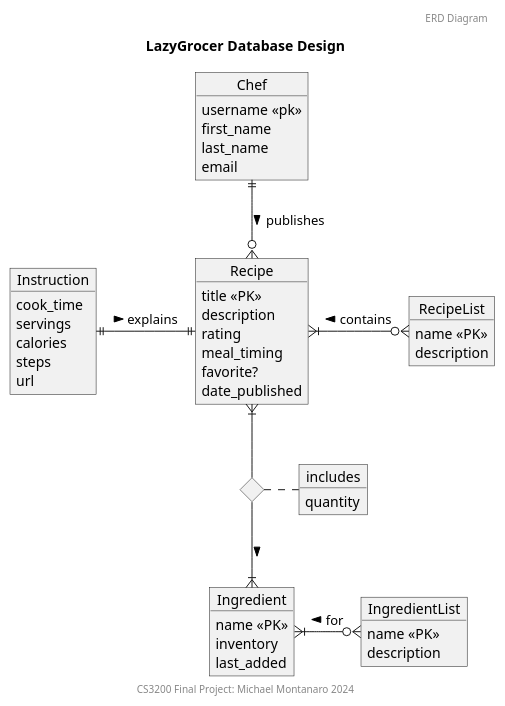
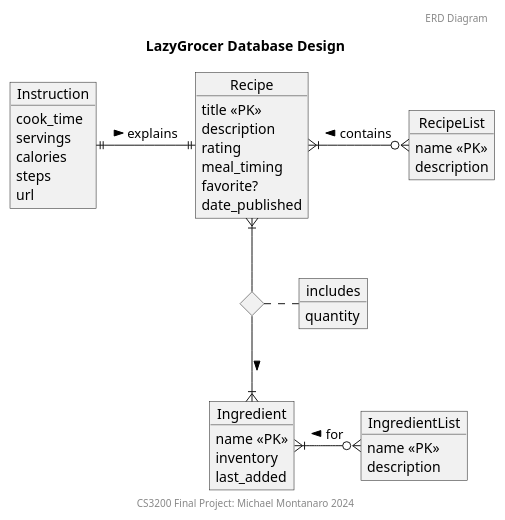
The diagram in docs/plantuml/erd.wsd (montymi/LazyGrocer), drawn with PlantUML before and after one commit. The commit also changed 7 other files, not shown here.

```diff
--- a/docs/plantuml/erd.wsd
+++ b/docs/plantuml/erd.wsd
@@ -1,60 +1,52 @@
 @startuml LazyGrozerERDdiagram
 
 header ERD Diagram
 title LazyGrocer Database Design
 footer CS3200 Final Project: Michael Montanaro 2024
 
 object Recipe {
     title <<PK>> 
     description
     rating
     meal_timing
     favorite?
     date_published
 }
 
 object RecipeList {
     name <<PK>>
     description
 }
 
 object Instruction {
     cook_time
     servings
     calories
     steps
     url
 }
 
 object Ingredient {
     name <<PK>>
     inventory
     last_added
 }
 
 object IngredientList {
     name <<PK>>
     description
 }
 
-object Chef {
-    username <<pk>>
-    first_name
-    last_name
-    email
-}
-
 object includes {
     quantity
 }
 diamond DIncludes
 
 Recipe }|-- DIncludes
 DIncludes --|{ Ingredient: >
 DIncludes . includes
 Recipe }|-o{ RecipeList: contains <
 Ingredient }|-o{ IngredientList: for <
-Chef ||--o{ Recipe: publishes >
 Instruction ||-|| Recipe: explains >
 
 @enduml
```
